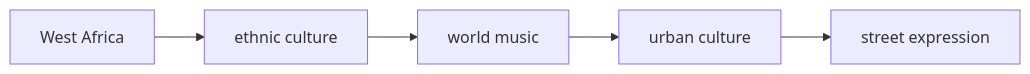
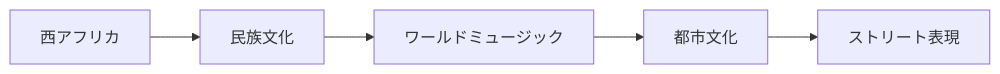
The second of 4 diagrams in en/_posts/2026-03-21-column-asalato.md (monumental-movement/monumental-movement.github.io), drawn with Mermaid before and after one commit. The commit also changed other lines of this file and 2196 other files, not shown here.

```diff
--- a/en/_posts/2026-03-21-column-asalato.md
+++ b/en/_posts/2026-03-21-column-asalato.md
@@ -137,7 +137,7 @@
 <div class="mermaid">
 graph LR
-A[West Africa] --> B[ethnic culture]
-B --> C[world music]
-C --> D[urban culture]
-D --> E[street expression]
+A[西アフリカ] --> B[民族文化]
+B --> C[ワールドミュージック]
+C --> D[都市文化]
+D --> E[ストリート表現]
 </div>
```
